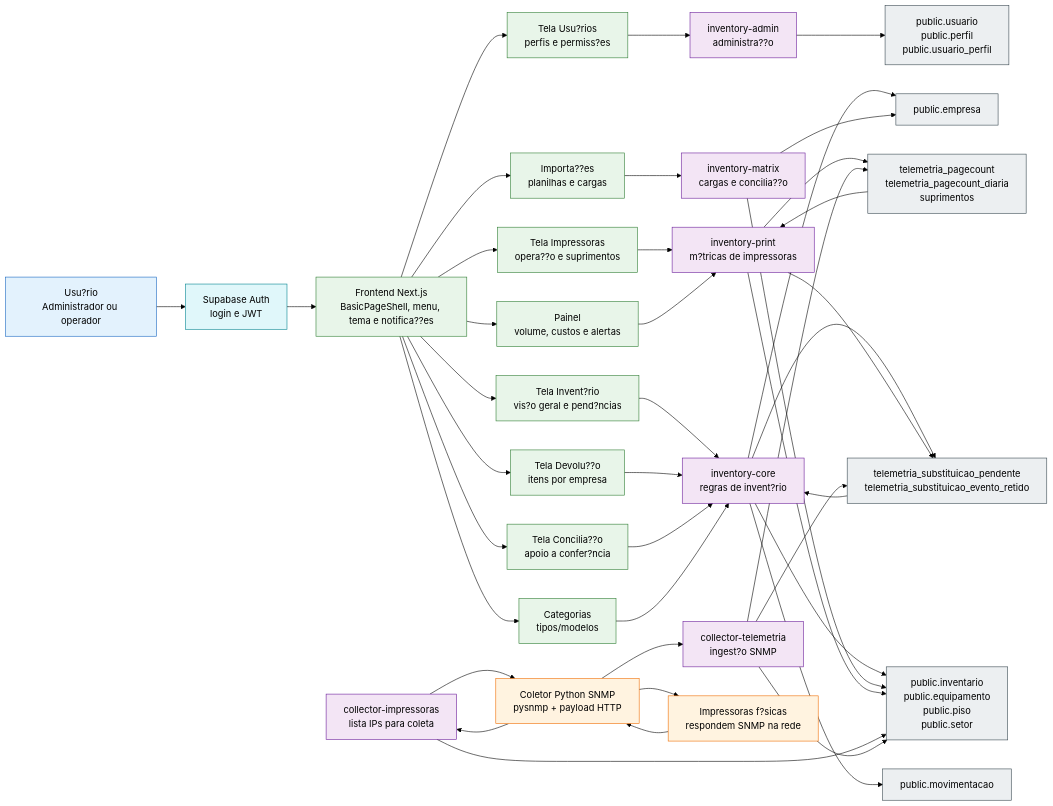
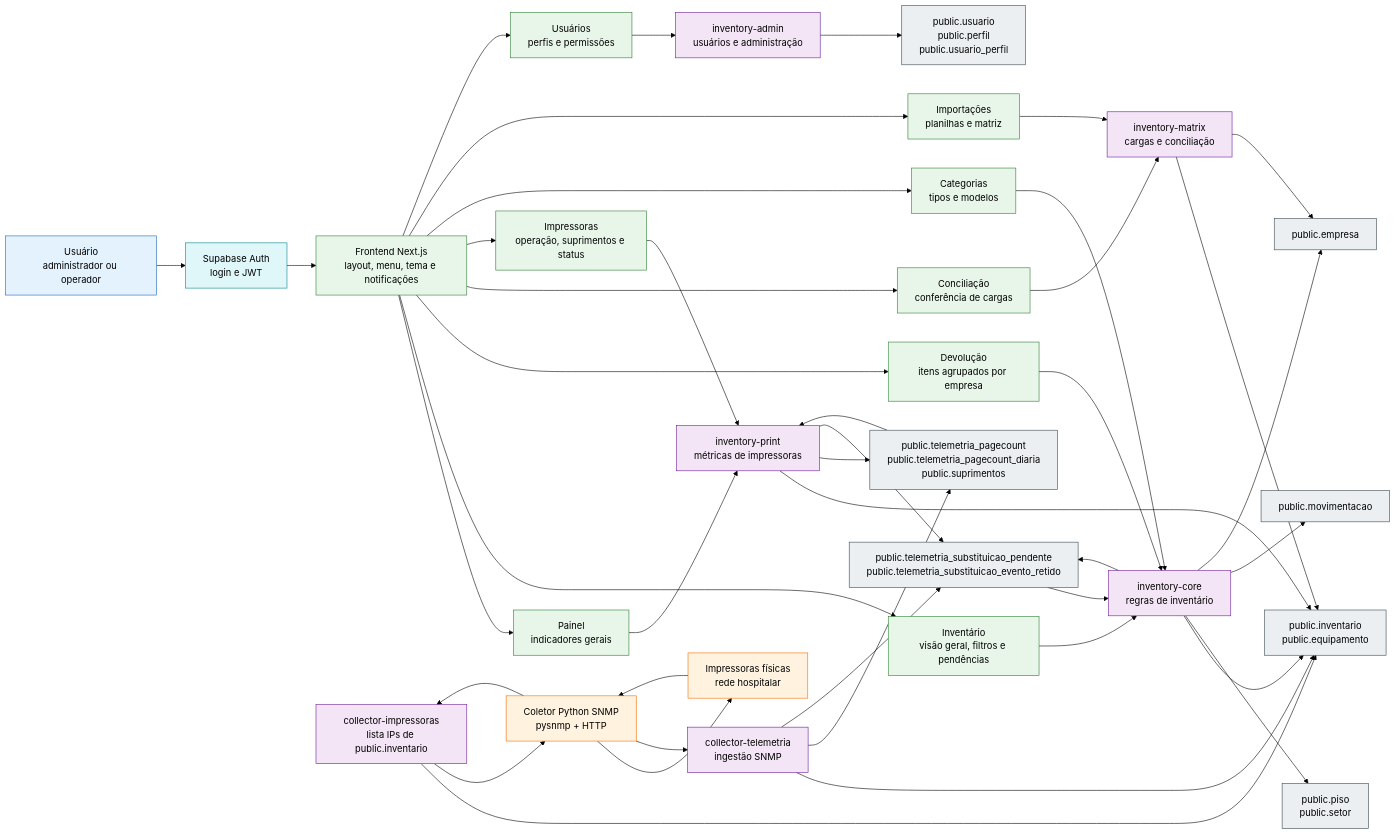
The second of 2 diagrams in README.md (Naian1/INVENT_COLECTOR), drawn with Mermaid (forest theme) before and after one commit. The commit also changed other lines of this file and 8 other files, not shown here.

Commit message:
fix: alinhar telemetria ao inventario oficial

````diff
--- a/README.md
+++ b/README.md
@@ -210,73 +260,82 @@
 ```mermaid
 flowchart LR
   classDef user fill:#E3F2FD,stroke:#1565C0,stroke-width:1px,color:#000;
   classDef frontend fill:#E8F5E9,stroke:#2E7D32,stroke-width:1px,color:#000;
   classDef edge fill:#F3E5F5,stroke:#6A1B9A,stroke-width:1px,color:#000;
   classDef collector fill:#FFF3E0,stroke:#EF6C00,stroke-width:1px,color:#000;
   classDef db fill:#ECEFF1,stroke:#37474F,stroke-width:1px,color:#000;
   classDef auth fill:#E0F7FA,stroke:#00838F,stroke-width:1px,color:#000;
 
-  USR["Usu?rio<br/>Administrador ou operador"]:::user
+  USR["Usuário<br/>administrador ou operador"]:::user
   AUTH["Supabase Auth<br/>login e JWT"]:::auth
-  SHELL["Frontend Next.js<br/>BasicPageShell, menu, tema e notifica??es"]:::frontend
-  INV["Tela Invent?rio<br/>vis?o geral e pend?ncias"]:::frontend
-  DEV["Tela Devolu??o<br/>itens por empresa"]:::frontend
-  CONC["Tela Concilia??o<br/>apoio a confer?ncia"]:::frontend
-  IMP["Tela Impressoras<br/>opera??o e suprimentos"]:::frontend
-  PAINEL["Painel<br/>volume, custos e alertas"]:::frontend
-  USER["Tela Usu?rios<br/>perfis e permiss?es"]:::frontend
-  CAT["Categorias<br/>tipos/modelos"]:::frontend
-  IMPORT["Importa??es<br/>planilhas e cargas"]:::frontend
-  CORE["inventory-core<br/>regras de invent?rio"]:::edge
-  PRINT["inventory-print<br/>m?tricas de impressoras"]:::edge
-  ADMIN["inventory-admin<br/>administra??o"]:::edge
-  MATRIX["inventory-matrix<br/>cargas e concilia??o"]:::edge
-  COL_LIST["collector-impressoras<br/>lista IPs para coleta"]:::edge
-  COL_TEL["collector-telemetria<br/>ingest?o SNMP"]:::edge
-  COL["Coletor Python SNMP<br/>pysnmp + payload HTTP"]:::collector
-  PRN["Impressoras f?sicas<br/>respondem SNMP na rede"]:::collector
-  DB_USR["public.usuario<br/>public.perfil<br/>public.usuario_perfil"]:::db
-  DB_INV["public.inventario<br/>public.equipamento<br/>public.piso<br/>public.setor"]:::db
+  SHELL["Frontend Next.js<br/>layout, menu, tema e notificações"]:::frontend
+
+  PAINEL["Painel<br/>indicadores gerais"]:::frontend
+  INV["Inventário<br/>visão geral, filtros e pendências"]:::frontend
+  DEV["Devolução<br/>itens agrupados por empresa"]:::frontend
+  CONC["Conciliação<br/>conferência de cargas"]:::frontend
+  IMP["Impressoras<br/>operação, suprimentos e status"]:::frontend
+  CAT["Categorias<br/>tipos e modelos"]:::frontend
+  IMPORT["Importações<br/>planilhas e matriz"]:::frontend
+  USERS["Usuários<br/>perfis e permissões"]:::frontend
+
+  CORE["inventory-core<br/>regras de inventário"]:::edge
+  PRINT["inventory-print<br/>métricas de impressoras"]:::edge
+  ADMIN["inventory-admin<br/>usuários e administração"]:::edge
+  MATRIX["inventory-matrix<br/>cargas e conciliação"]:::edge
+  COL_LIST["collector-impressoras<br/>lista IPs de public.inventario"]:::edge
+  COL_TEL["collector-telemetria<br/>ingestão SNMP"]:::edge
+
+  COL["Coletor Python SNMP<br/>pysnmp + HTTP"]:::collector
+  PRN["Impressoras físicas<br/>rede hospitalar"]:::collector
+
+  DB_USER["public.usuario<br/>public.perfil<br/>public.usuario_perfil"]:::db
+  DB_INV["public.inventario<br/>public.equipamento"]:::db
+  DB_LOCAL["public.piso<br/>public.setor"]:::db
   DB_MOV["public.movimentacao"]:::db
   DB_EMP["public.empresa"]:::db
-  DB_TEL["telemetria_pagecount<br/>telemetria_pagecount_diaria<br/>suprimentos"]:::db
-  DB_SWAP["telemetria_substituicao_pendente<br/>telemetria_substituicao_evento_retido"]:::db
+  DB_TEL["public.telemetria_pagecount<br/>public.telemetria_pagecount_diaria<br/>public.suprimentos"]:::db
+  DB_SWAP["public.telemetria_substituicao_pendente<br/>public.telemetria_substituicao_evento_retido"]:::db
 
   USR --> AUTH --> SHELL
+  SHELL --> PAINEL
   SHELL --> INV
   SHELL --> DEV
   SHELL --> CONC
   SHELL --> IMP
-  SHELL --> PAINEL
-  SHELL --> USER
   SHELL --> CAT
   SHELL --> IMPORT
+  SHELL --> USERS
+
+  PAINEL --> PRINT
+  IMP --> PRINT
   INV --> CORE
   DEV --> CORE
-  CONC --> CORE
   CAT --> CORE
+  CONC --> MATRIX
   IMPORT --> MATRIX
-  USER --> ADMIN
-  IMP --> PRINT
-  PAINEL --> PRINT
+  USERS --> ADMIN
+
   CORE --> DB_INV
+  CORE --> DB_LOCAL
   CORE --> DB_MOV
   CORE --> DB_EMP
   CORE --> DB_SWAP
-  ADMIN --> DB_USR
+  PRINT --> DB_INV
+  PRINT --> DB_TEL
+  PRINT --> DB_SWAP
+  ADMIN --> DB_USER
   MATRIX --> DB_INV
   MATRIX --> DB_EMP
-  PRINT --> DB_TEL
-  PRINT --> DB_SWAP
-  PRINT --> DB_INV
+
   COL --> COL_LIST --> DB_INV
   COL_LIST --> COL
   COL --> PRN
   PRN --> COL
   COL --> COL_TEL
   COL_TEL --> DB_INV
   COL_TEL --> DB_TEL
   COL_TEL --> DB_SWAP
   DB_TEL --> PRINT
   DB_SWAP --> CORE
 ```
````
